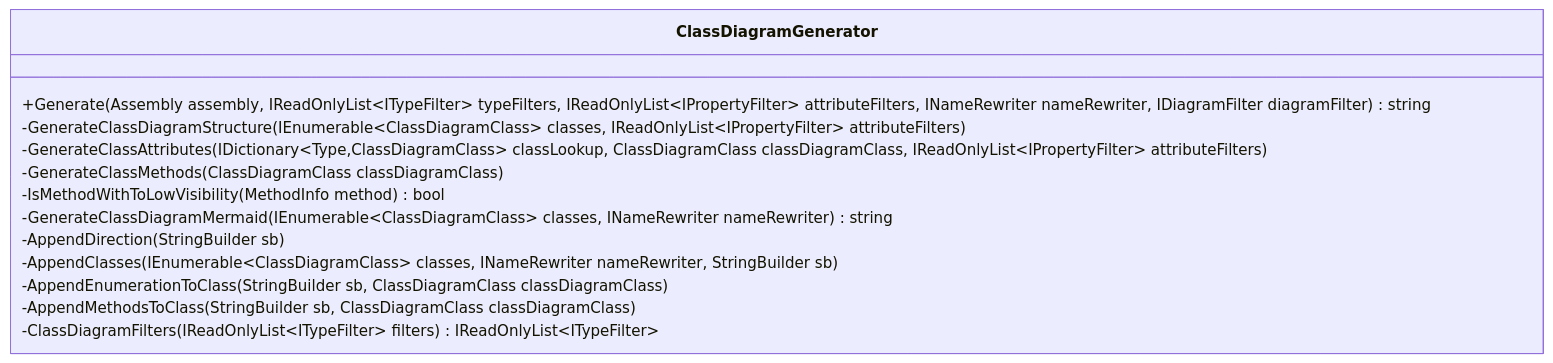
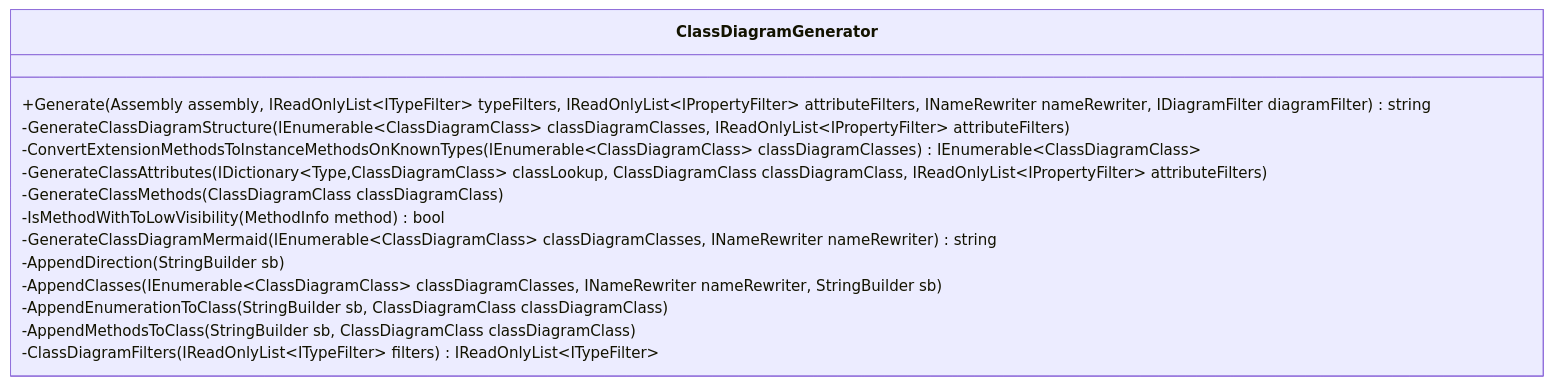
One commit to ebjornset/DryGen changed the third of 5 diagrams in docs/examples/mermaid-class-diagram-details.md. Above: the diagram before and after it, drawn with Mermaid. The commit also changed other lines of this file and 6 other files, not shown here.

Commit message:
Generating extension methods as instance methods on known classes (#49)

````diff
--- a/docs/examples/mermaid-class-diagram-details.md
+++ b/docs/examples/mermaid-class-diagram-details.md
@@ -86,17 +87,18 @@
 ```mermaid
 classDiagram
 	class ClassDiagramGenerator {
 		+Generate(Assembly assembly, IReadOnlyList~ITypeFilter~ typeFilters, IReadOnlyList~IPropertyFilter~ attributeFilters, INameRewriter nameRewriter, IDiagramFilter diagramFilter) string
-		-GenerateClassDiagramStructure(IEnumerable~ClassDiagramClass~ classes, IReadOnlyList~IPropertyFilter~ attributeFilters)
+		-GenerateClassDiagramStructure(IEnumerable~ClassDiagramClass~ classDiagramClasses, IReadOnlyList~IPropertyFilter~ attributeFilters)
+		-ConvertExtensionMethodsToInstanceMethodsOnKnownTypes(IEnumerable~ClassDiagramClass~ classDiagramClasses) IEnumerable~ClassDiagramClass~
 		-GenerateClassAttributes(IDictionary~Type,ClassDiagramClass~ classLookup, ClassDiagramClass classDiagramClass, IReadOnlyList~IPropertyFilter~ attributeFilters)
 		-GenerateClassMethods(ClassDiagramClass classDiagramClass)
 		-IsMethodWithToLowVisibility(MethodInfo method) bool
-		-GenerateClassDiagramMermaid(IEnumerable~ClassDiagramClass~ classes, INameRewriter nameRewriter) string
+		-GenerateClassDiagramMermaid(IEnumerable~ClassDiagramClass~ classDiagramClasses, INameRewriter nameRewriter) string
 		-AppendDirection(StringBuilder sb)
-		-AppendClasses(IEnumerable~ClassDiagramClass~ classes, INameRewriter nameRewriter, StringBuilder sb)
+		-AppendClasses(IEnumerable~ClassDiagramClass~ classDiagramClasses, INameRewriter nameRewriter, StringBuilder sb)
 		-AppendEnumerationToClass(StringBuilder sb, ClassDiagramClass classDiagramClass)
 		-AppendMethodsToClass(StringBuilder sb, ClassDiagramClass classDiagramClass)
 		-ClassDiagramFilters(IReadOnlyList~ITypeFilter~ filters) IReadOnlyList~ITypeFilter~
 	}
 
 ```
````
